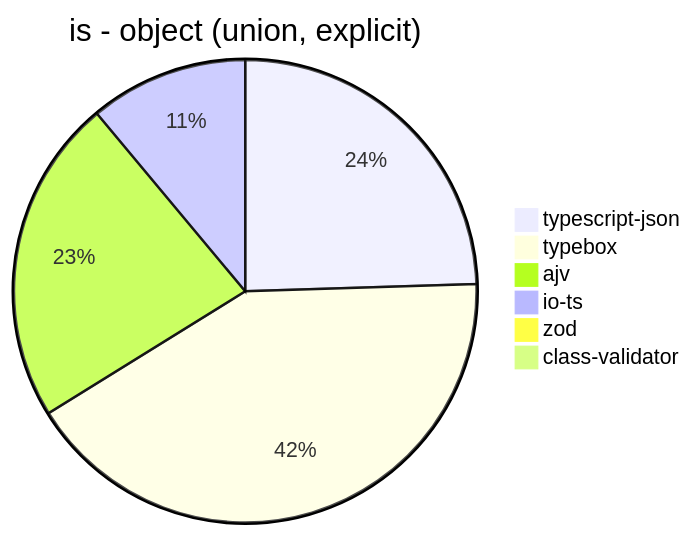
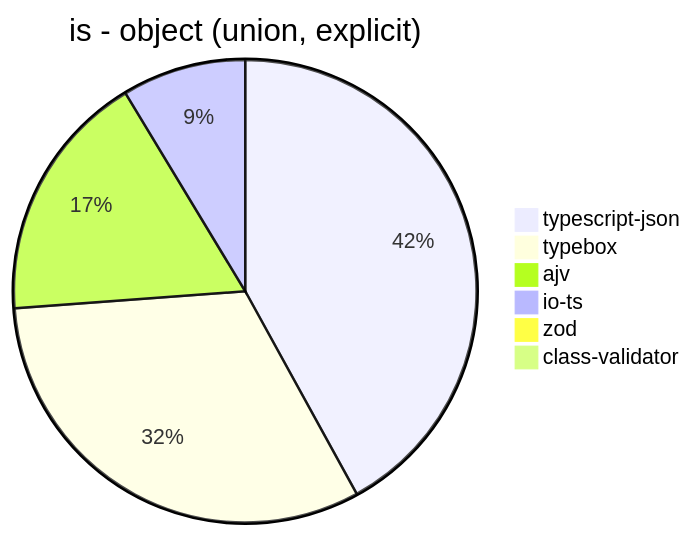
The third of 39 diagrams in benchmark/results/11th Gen Intel(R) Core(TM) i5-1135G7 @ 2.40GHz.md (samchon/typia), drawn with Mermaid before and after one commit. The commit also changed other lines of this file and 6 other files, not shown here.

````diff
--- a/benchmark/results/11th Gen Intel(R) Core(TM) i5-1135G7 @ 2.40GHz.md
+++ b/benchmark/results/11th Gen Intel(R) Core(TM) i5-1135G7 @ 2.40GHz.md
@@ -43,9 +43,9 @@
 ```mermaid
 pie title is - object (union, explicit)
-  "typescript-json": 7010.950808273944
-  "typebox": 11921.56862745098
-  "ajv": 6513.682704346271
-  "io-ts": 3166.573608784664
-  "zod": 32.14352457484582
-  "class-validator": 0
+  "typescript-json": 16044.460509669256
+  "typebox": 12158.848813305924
+  "ajv": 6694.100240429073
+  "io-ts": 3306.3923585598823
+  "zod": 32.83527024534219
+  "class-validator": 16.01914932793224
 ```
````
